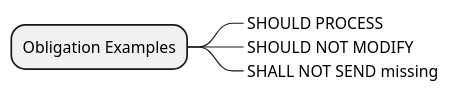
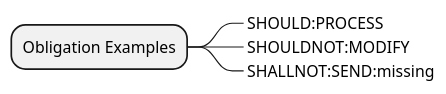
One commit to frankoemig/ack-ig changed the diagram in input/images-source/Obligation_mm_examples.plantuml. Above: the diagram before and after it, drawn with PlantUML. The commit also changed 6 other files, not shown here.

```diff
--- a/input/images-source/Obligation_mm_examples.plantuml
+++ b/input/images-source/Obligation_mm_examples.plantuml
@@ -1,9 +1,9 @@
 @startmindmap
 
 + Obligation Examples
 
-++_ SHOULD PROCESS
-++_ SHOULD NOT MODIFY
-**_ SHALL NOT SEND missing
+++_ SHOULD:PROCESS
+++_ SHOULDNOT:MODIFY
+++_ SHALLNOT:SEND:missing
 
 @endmindmap
```
